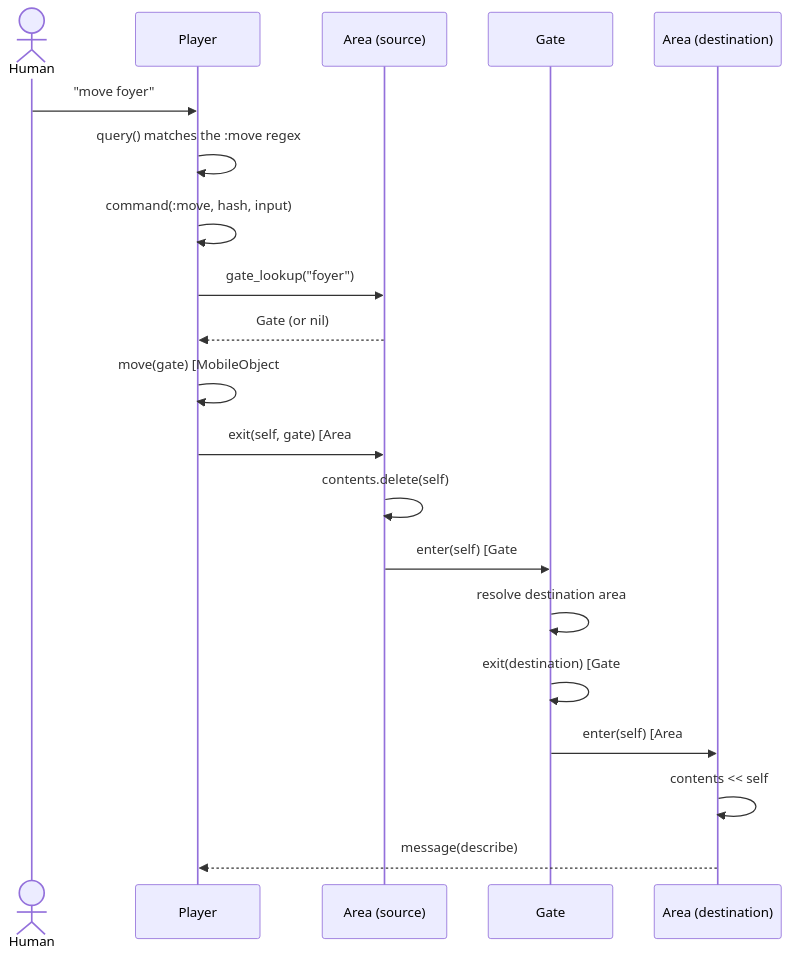
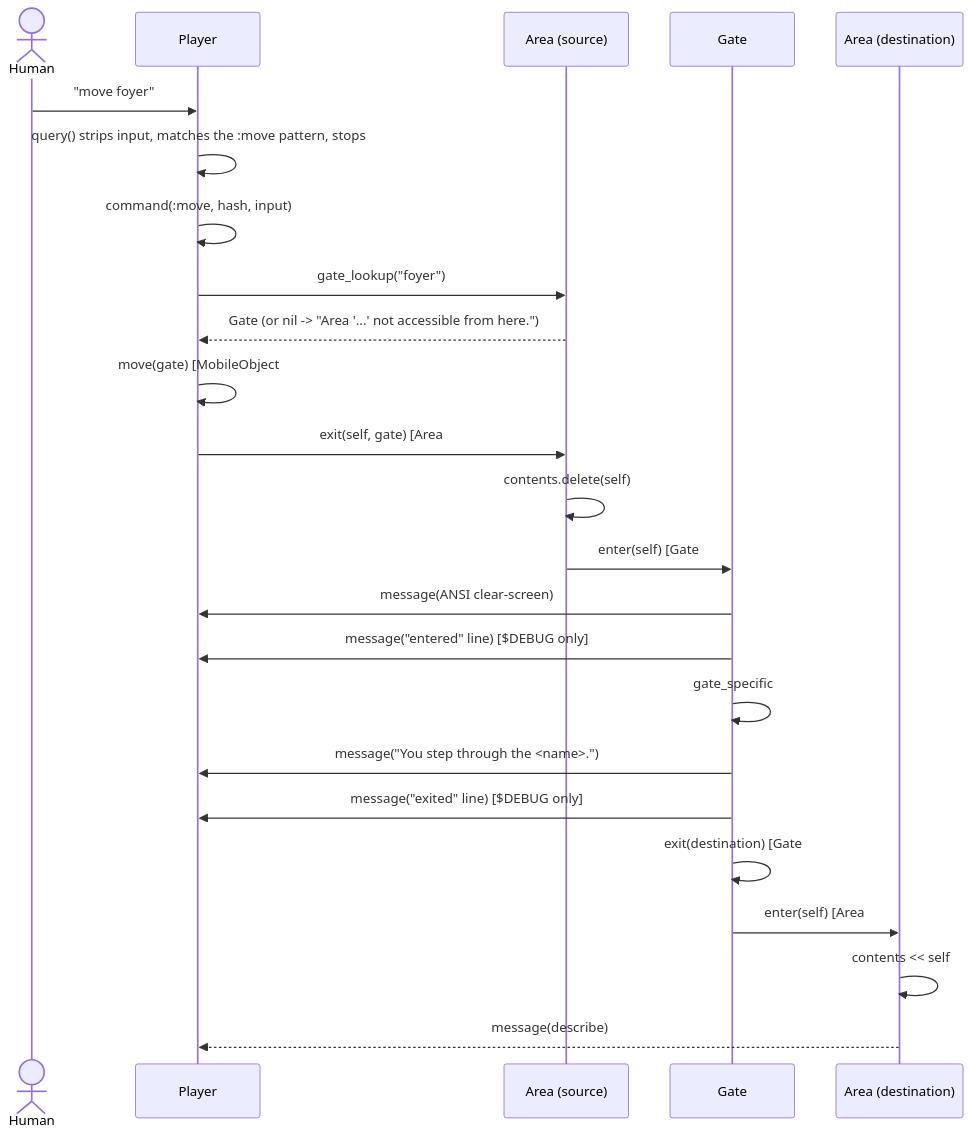
One commit to dtrammell/dmud changed the second of 3 diagrams in docs/ARCHITECTURE.md. Above: the diagram before and after it, drawn with Mermaid. The commit also changed other lines of this file and 37 other files, not shown here.

````diff
--- a/docs/ARCHITECTURE.md
+++ b/docs/ARCHITECTURE.md
@@ -235,23 +480,27 @@
 ```mermaid
 sequenceDiagram
     actor Human
     participant Player
     participant SourceArea as Area (source)
     participant Gate
     participant DestArea as Area (destination)
 
     Human->>Player: "move foyer"
-    Player->>Player: query() matches the :move regex
+    Player->>Player: query() strips input, matches the :move pattern, stops
     Player->>Player: command(:move, hash, input)
     Player->>SourceArea: gate_lookup("foyer")
-    SourceArea-->>Player: Gate (or nil)
+    SourceArea-->>Player: Gate (or nil -> "Area '...' not accessible from here.")
     Player->>Player: move(gate)  [MobileObject#move]
     Player->>SourceArea: exit(self, gate)  [Area#exit]
     SourceArea->>SourceArea: contents.delete(self)
     SourceArea->>Gate: enter(self)  [Gate#enter]
-    Gate->>Gate: resolve destination area
+    Gate->>Player: message(ANSI clear-screen)
+    Gate->>Player: message("entered" line)  [$DEBUG only]
+    Gate->>Gate: gate_specific
+    Gate->>Player: message("You step through the <name>.")
+    Gate->>Player: message("exited" line)  [$DEBUG only]
     Gate->>Gate: exit(destination)  [Gate#exit]
     Gate->>DestArea: enter(self)  [Area#enter]
     DestArea->>DestArea: contents << self
     DestArea-->>Player: message(describe)
 ```
````
